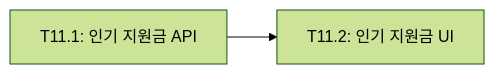
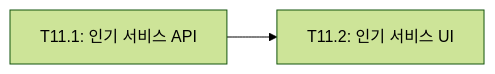
The eighth of 9 diagrams in docs/planning/06-tasks.md (sseok-lee/alimi), drawn with Mermaid (forest theme) before and after one commit. The commit also changed other lines of this file and 15 other files, not shown here.

First line of the commit message:
refactor: 용어 변경 - "지원금" → "서비스"

````diff
--- a/docs/planning/06-tasks.md
+++ b/docs/planning/06-tasks.md
@@ -2758,4 +2758,4 @@
 ```mermaid
 graph LR
-    T11.1[T11.1: 인기 지원금 API] --> T11.2[T11.2: 인기 지원금 UI]
+    T11.1[T11.1: 인기 서비스 API] --> T11.2[T11.2: 인기 서비스 UI]
 ```
````
